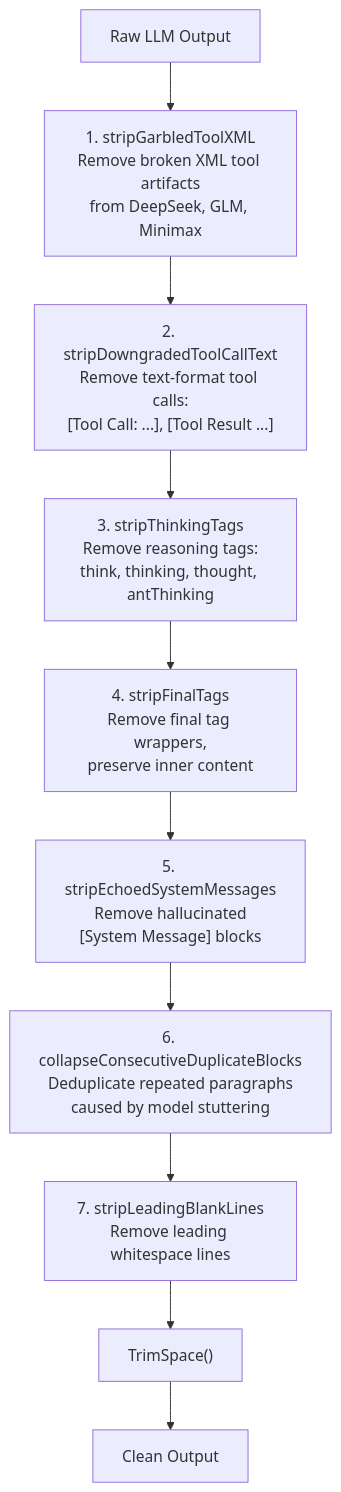
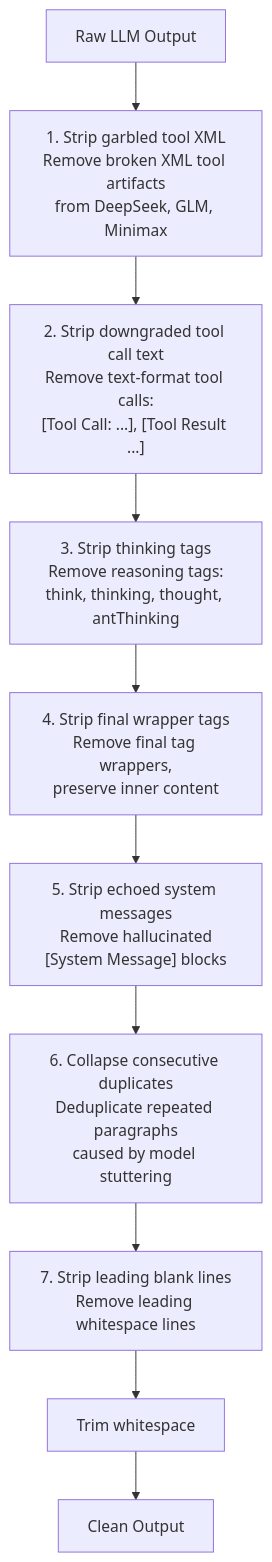
Before and after one commit to dailongmedia2603/goclaw: the third of 10 diagrams in docs/01-agent-loop.md, drawn with Mermaid. The commit also changed other lines of this file and 1 other file, not shown here.

First line of the commit message:
docs: condense agent-loop and agent-teams body text

````diff
--- a/docs/01-agent-loop.md
+++ b/docs/01-agent-loop.md
@@ -341,12 +341,12 @@
 ```mermaid
 flowchart TD
     IN[Raw LLM Output] --> S1
-    S1["1. stripGarbledToolXML<br/>Remove broken XML tool artifacts<br/>from DeepSeek, GLM, Minimax"] --> S2
-    S2["2. stripDowngradedToolCallText<br/>Remove text-format tool calls:<br/>[Tool Call: ...], [Tool Result ...]"] --> S3
-    S3["3. stripThinkingTags<br/>Remove reasoning tags:<br/>think, thinking, thought, antThinking"] --> S4
-    S4["4. stripFinalTags<br/>Remove final tag wrappers,<br/>preserve inner content"] --> S5
-    S5["5. stripEchoedSystemMessages<br/>Remove hallucinated<br/>[System Message] blocks"] --> S6
-    S6["6. collapseConsecutiveDuplicateBlocks<br/>Deduplicate repeated paragraphs<br/>caused by model stuttering"] --> S7
-    S7["7. stripLeadingBlankLines<br/>Remove leading whitespace lines"] --> TRIM
-    TRIM["TrimSpace()"] --> OUT[Clean Output]
+    S1["1. Strip garbled tool XML<br/>Remove broken XML tool artifacts<br/>from DeepSeek, GLM, Minimax"] --> S2
+    S2["2. Strip downgraded tool call text<br/>Remove text-format tool calls:<br/>[Tool Call: ...], [Tool Result ...]"] --> S3
+    S3["3. Strip thinking tags<br/>Remove reasoning tags:<br/>think, thinking, thought, antThinking"] --> S4
+    S4["4. Strip final wrapper tags<br/>Remove final tag wrappers,<br/>preserve inner content"] --> S5
+    S5["5. Strip echoed system messages<br/>Remove hallucinated<br/>[System Message] blocks"] --> S6
+    S6["6. Collapse consecutive duplicates<br/>Deduplicate repeated paragraphs<br/>caused by model stuttering"] --> S7
+    S7["7. Strip leading blank lines<br/>Remove leading whitespace lines"] --> TRIM
+    TRIM["Trim whitespace"] --> OUT[Clean Output]
 ```
````
